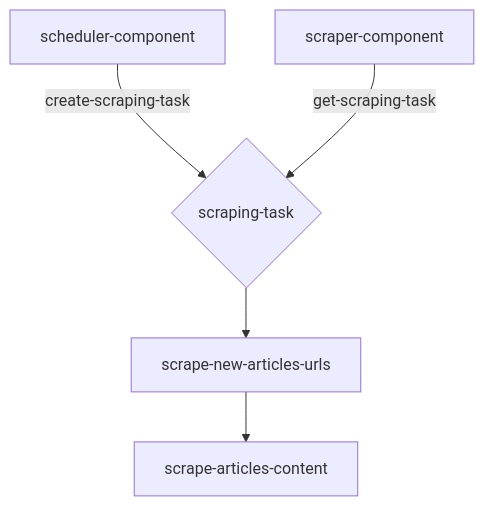
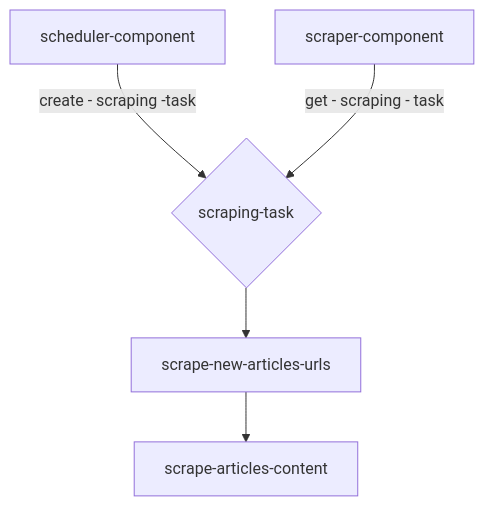
The diagram in scrapers/README.md (all-news-project/server), drawn with Mermaid before and after one commit. The commit also changed other lines of this file and 16 other files, not shown here.

Commit message:
(#16) * Change name of scraper_component to scraper_driver * Start implement scraper logic

````diff
--- a/scrapers/README.md
+++ b/scrapers/README.md
@@ -6,7 +5,7 @@
 ```mermaid
 graph TD;
-    scheduler-component-->|create-scraping-task| a{scraping-task};
-    scraper-component-->|get-scraping-task| a{scraping-task};
-    a{scraping-task}-->scrape-new-articles-urls
-    scrape-new-articles-urls-->scrape-articles-content;
+scheduler-component -->| create - scraping -task | a{ scraping-task };
+scraper-component -->| get - scraping - task | a{ scraping-task };
+a{ scraping-task } -->scrape-new-articles-urls
+scrape-new-articles-urls --> scrape-articles-content;
 ```
````
